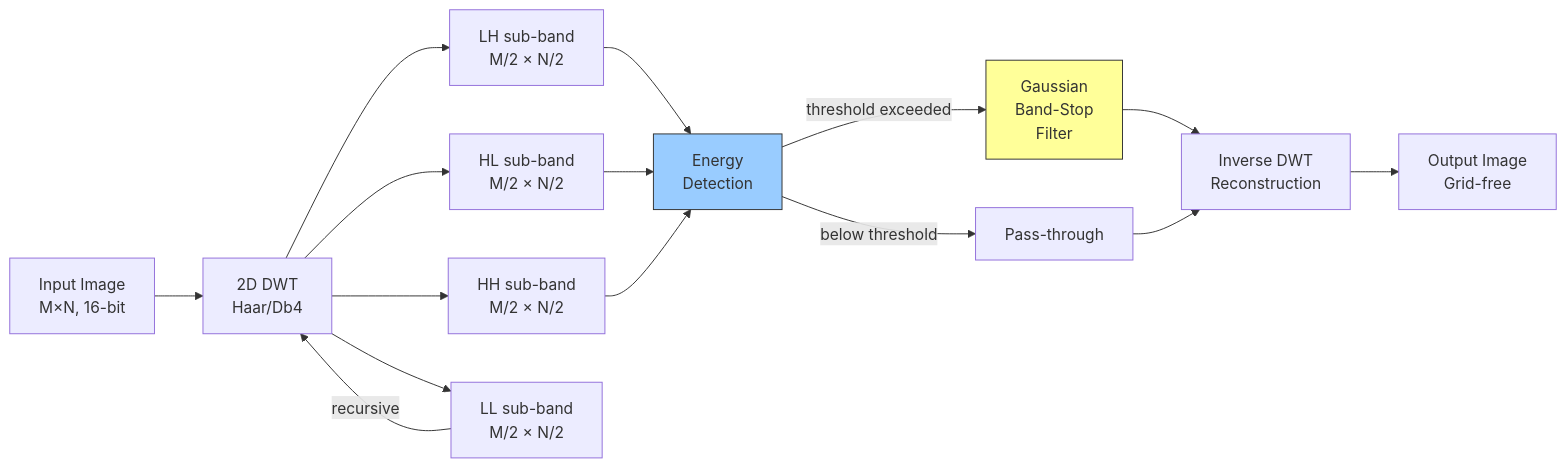
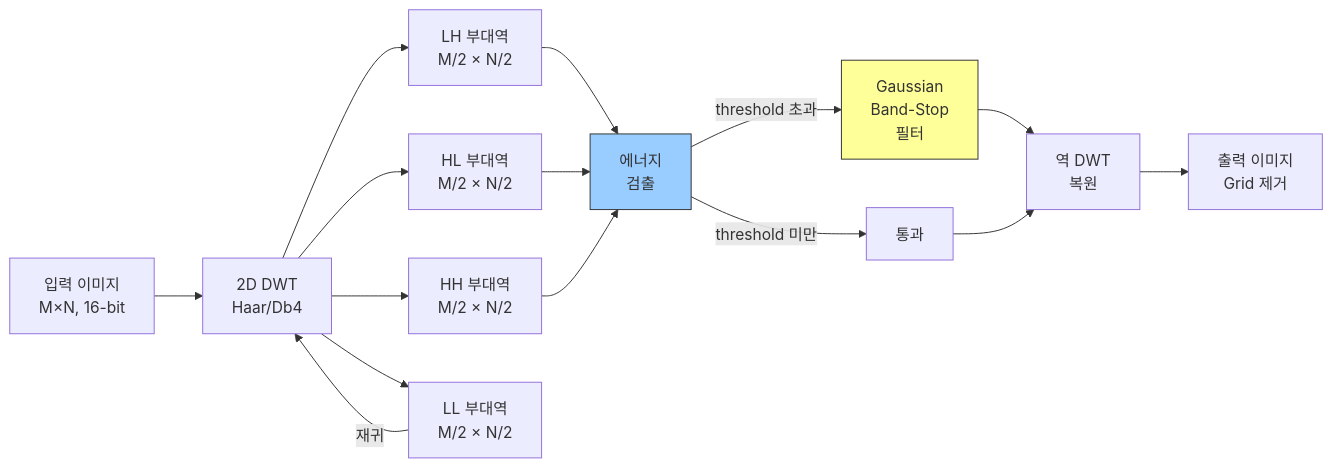
One commit to holee9/image-processing changed the sixth of 13 diagrams in docs/post-processing/gsvg/GSVG_IEC62304_ClassB_Document_Package.md. Above: the diagram before and after it, drawn with Mermaid. The commit also changed other lines of this file and 51 other files, not shown here.

````diff
--- a/docs/post-processing/gsvg/GSVG_IEC62304_ClassB_Document_Package.md
+++ b/docs/post-processing/gsvg/GSVG_IEC62304_ClassB_Document_Package.md
@@ -318,26 +318,26 @@
 ```mermaid
 flowchart LR
-    IN[Input Image<br/>M×N, 16-bit] --> DWT_PROC[2D DWT<br/>Haar/Db4]
+    IN[입력 이미지<br/>M×N, 16-bit] --> DWT_PROC[2D DWT<br/>Haar/Db4]
     
-    DWT_PROC --> LH[LH sub-band<br/>M/2 × N/2]
-    DWT_PROC --> HL[HL sub-band<br/>M/2 × N/2]
-    DWT_PROC --> HH[HH sub-band<br/>M/2 × N/2]
-    DWT_PROC --> LL[LL sub-band<br/>M/2 × N/2]
+    DWT_PROC --> LH[LH 부대역<br/>M/2 × N/2]
+    DWT_PROC --> HL[HL 부대역<br/>M/2 × N/2]
+    DWT_PROC --> HH[HH 부대역<br/>M/2 × N/2]
+    DWT_PROC --> LL[LL 부대역<br/>M/2 × N/2]
     
-    LL -->|recursive| DWT_PROC
+    LL -->|재귀| DWT_PROC
     
-    LH --> ENERGY[Energy<br/>Detection]
+    LH --> ENERGY[에너지<br/>검출]
     HL --> ENERGY
     HH --> ENERGY
     
-    ENERGY -->|threshold exceeded| FILTER[Gaussian<br/>Band-Stop<br/>Filter]
-    ENERGY -->|below threshold| PASS[Pass-through]
+    ENERGY -->|threshold 초과| FILTER[Gaussian<br/>Band-Stop<br/>필터]
+    ENERGY -->|threshold 미만| PASS[통과]
     
-    FILTER --> RECON[Inverse DWT<br/>Reconstruction]
+    FILTER --> RECON[역 DWT<br/>복원]
     PASS --> RECON
     
-    RECON --> OUT[Output Image<br/>Grid-free]
+    RECON --> OUT[출력 이미지<br/>Grid 제거]
     
     style FILTER fill:#ff9,stroke:#333
     style ENERGY fill:#9cf,stroke:#333
 ```
````
